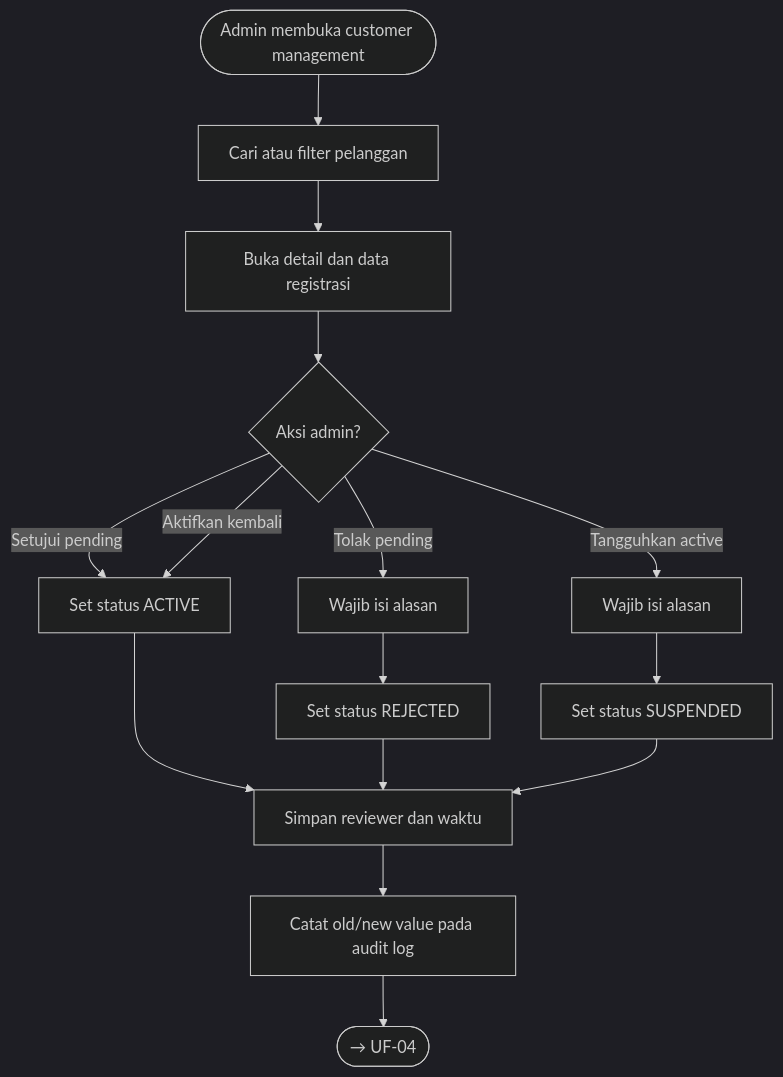
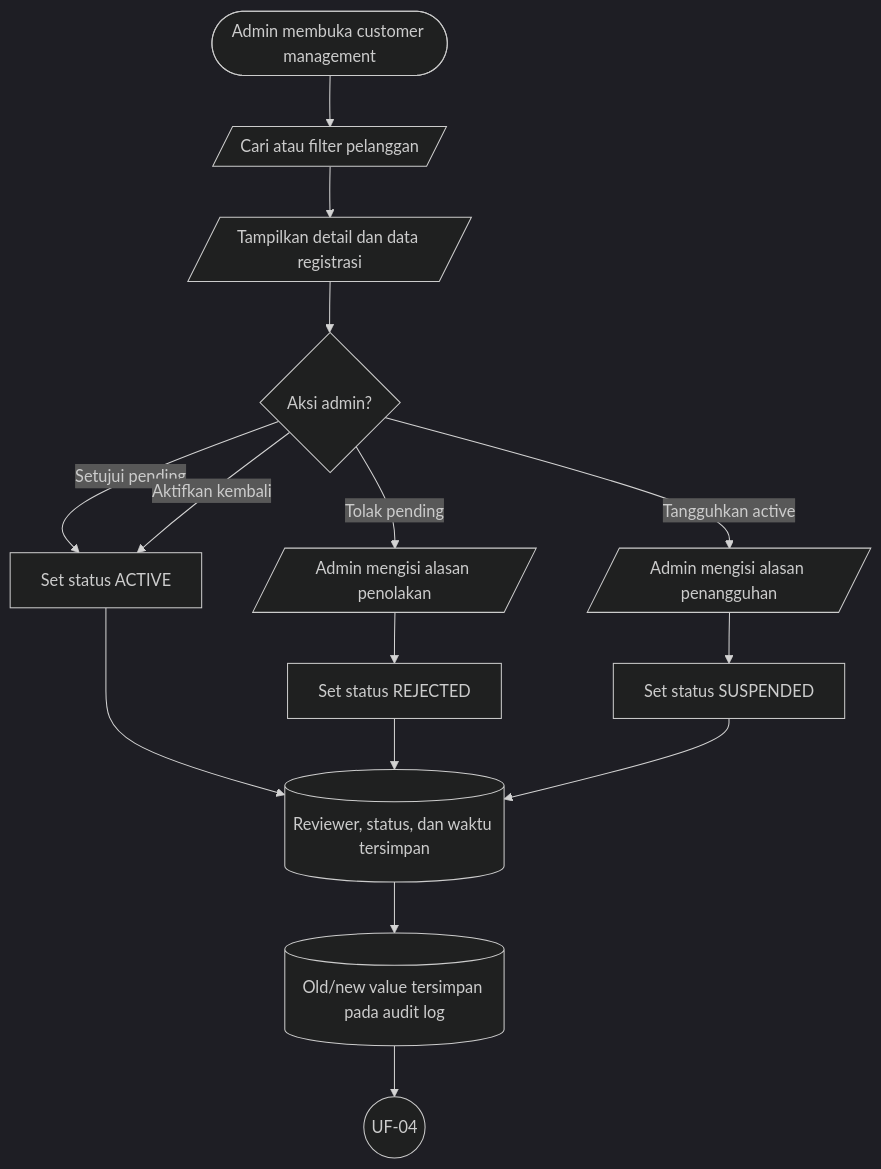
The third of 18 diagrams in docs/design/USER_FLOWS.md (Webekspres/pixel-komunika), drawn with Mermaid (dark theme) before and after one commit. The commit also changed other lines of this file, not shown here.

Commit message:
docs: standardize user flow notation

````diff
--- a/docs/design/USER_FLOWS.md
+++ b/docs/design/USER_FLOWS.md
@@ -106,19 +130,19 @@
 ```mermaid
 flowchart TD
-    A([Admin membuka customer management]) --> B["Cari atau filter pelanggan"]
-    B --> C["Buka detail dan data registrasi"]
+    A(["Admin membuka customer management"]) --> B[/"Cari atau filter pelanggan"/]
+    B --> C[/"Tampilkan detail dan data registrasi"/]
     C --> D{"Aksi admin?"}
     D -->|Setujui pending| E["Set status ACTIVE"]
-    D -->|Tolak pending| F["Wajib isi alasan"]
+    D -->|Tolak pending| F[/"Admin mengisi alasan penolakan"/]
     F --> G["Set status REJECTED"]
-    D -->|Tangguhkan active| H["Wajib isi alasan"]
+    D -->|Tangguhkan active| H[/"Admin mengisi alasan penangguhan"/]
     H --> I["Set status SUSPENDED"]
     D -->|Aktifkan kembali| E
-    E --> J["Simpan reviewer dan waktu"]
+    E --> J[("Reviewer, status, dan waktu tersimpan")]
     G --> J
     I --> J
-    J --> K["Catat old/new value pada audit log"]
-    K --> C_UF04(["→ UF-04"])
+    J --> K[("Old/new value tersimpan pada audit log")]
+    K --> C_UF04((UF-04))
 
     click C_UF04 "#uf-04-login-dan-routing-akses"
 ```
````
